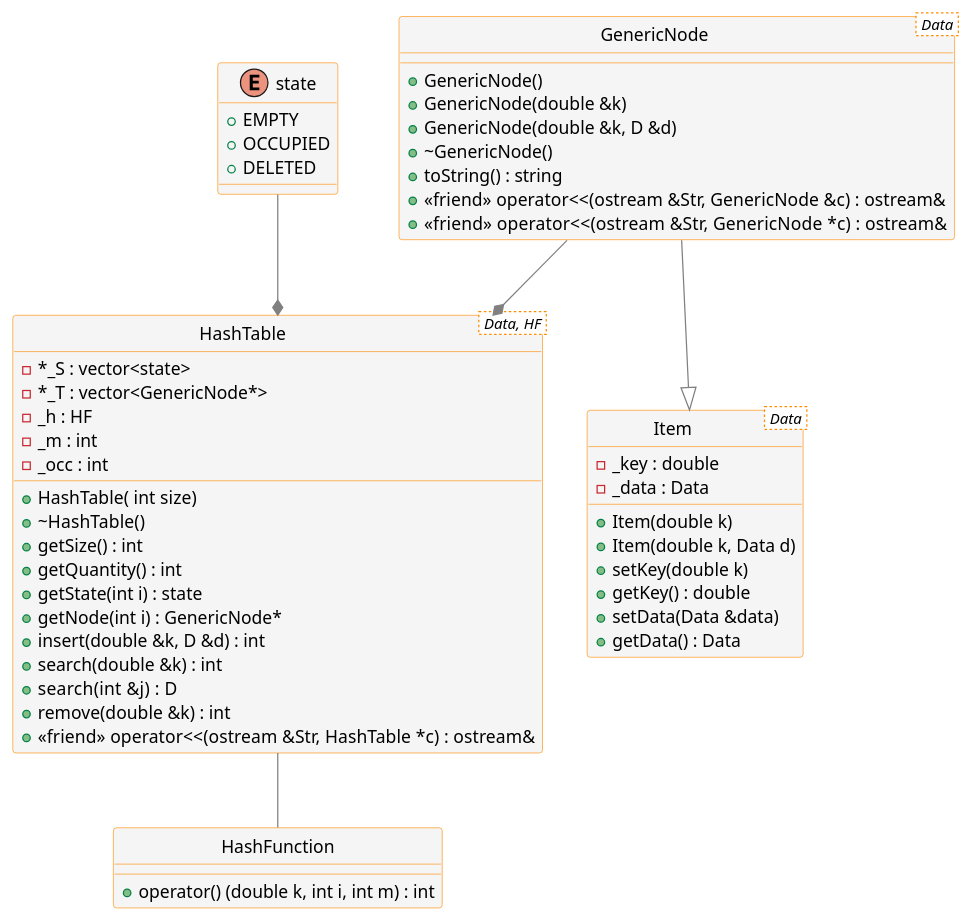
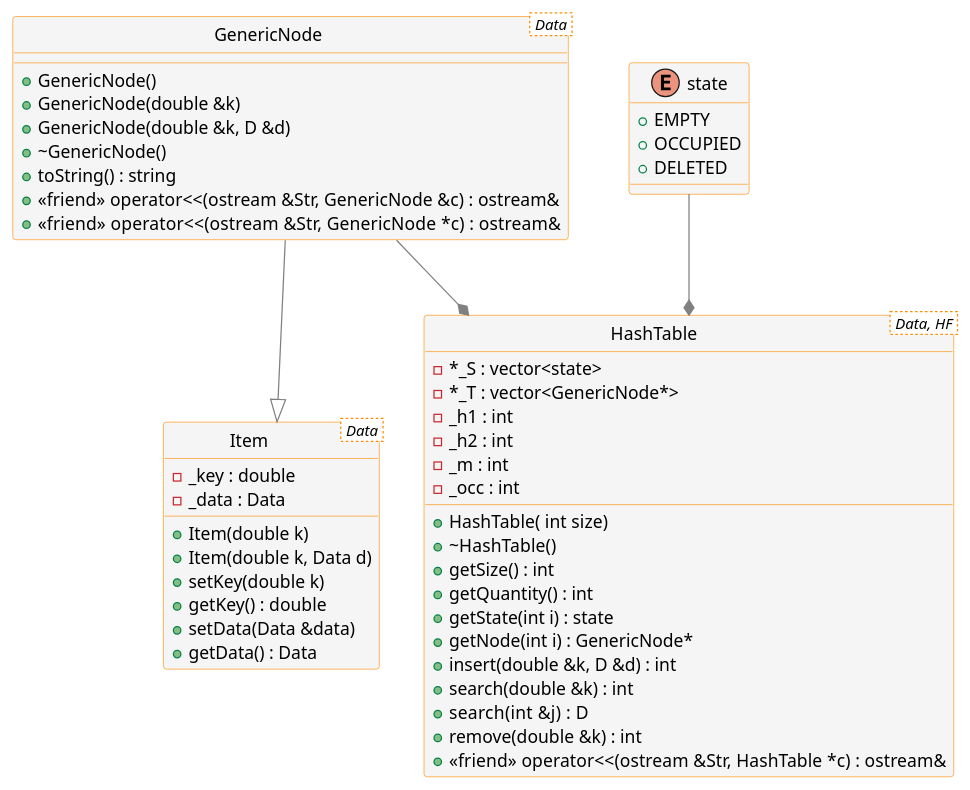
The diagram in rbhash/UML/hash.puml (vFones/rbhash-galacticgraph), drawn with PlantUML before and after one commit.

Commit message:
Modified hash uml

```diff
--- a/rbhash/UML/hash.puml
+++ b/rbhash/UML/hash.puml
@@ -1,66 +1,63 @@
 @startuml hash.puml
 
 skinparam class {
 	BackgroundColor WhiteSmoke
 	ArrowColor Grey
 	BorderColor DarkOrange
 }
 hide class circle
 
 class Item < Data > {
   {field} - _key : double
   {field} - _data : Data
 
   + Item(double k)
   + Item(double k, Data d)
   + setKey(double k)
   + getKey() : double
   + setData(Data &data)
   + getData() : Data
 }
 
 class GenericNode < Data > {
   + GenericNode()
   + GenericNode(double &k)
   + GenericNode(double &k, D &d)
   + ~GenericNode()
   + toString() : string
   + <<friend>> operator<<(ostream &Str, GenericNode &c) : ostream& 
   + <<friend>> operator<<(ostream &Str, GenericNode *c) :  ostream& 
 }
 
 enum state {
   + EMPTY
   + OCCUPIED
   + DELETED
 }
 
 class HashTable < Data, HF >{
   {field} - *_S : vector<state>
   {field} - *_T : vector<GenericNode*>
-  {field} - _h : HF
+  {field} - _h1 : int
+  {field} - _h2 : int
   {field} - _m : int
   {field} - _occ : int
   + HashTable( int size)
   + ~HashTable()
   + getSize() : int 
   + getQuantity() : int 
   + getState(int i) : state 
   + getNode(int i) : GenericNode* 
   + insert(double &k, D &d) : int 
   + search(double &k) : int
   + search(int &j) :  D
   + remove(double &k) : int
   + <<friend>> operator<<(ostream &Str, HashTable *c) : ostream& 
 }
 
-class HashFunction {
-  + operator() (double k, int i, int m) : int
-}
 
 Item <|-up- GenericNode
 GenericNode --* HashTable
 state --* HashTable
-HashFunction -up- HashTable
 
 @enduml
```
